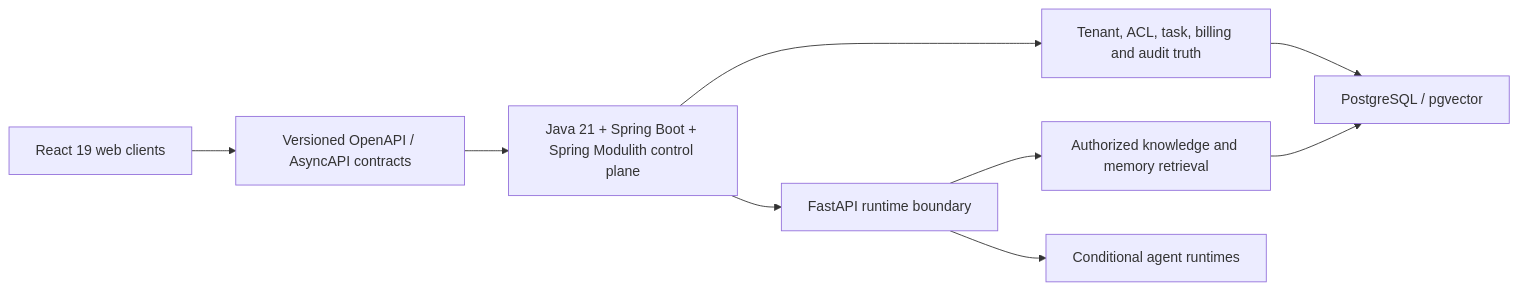
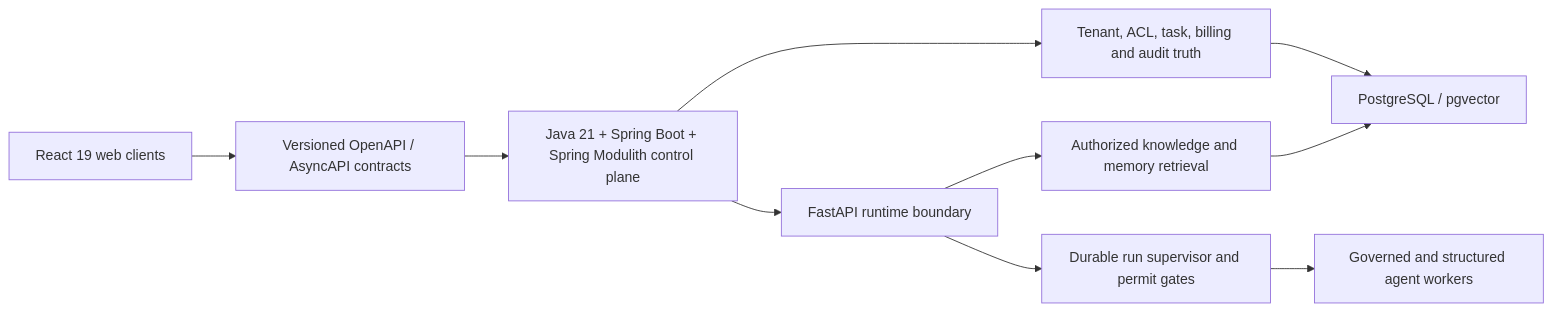
One commit to tacitjj/enterprise-agent-platform changed the diagram in README.md. Above: the diagram before and after it, drawn with Mermaid. The commit also changed other lines of this file and 90 other files, not shown here.

First line of the commit message:
feat(runtime): add governed execution and takeover (#8)

````diff
--- a/README.md
+++ b/README.md
@@ -28,11 +28,12 @@
 ```mermaid
 flowchart LR
     Web["React 19 web clients"] --> Contracts["Versioned OpenAPI / AsyncAPI contracts"]
     Contracts --> Java["Java 21 + Spring Boot + Spring Modulith control plane"]
     Java --> Truth["Tenant, ACL, task, billing and audit truth"]
     Java --> Runtime["FastAPI runtime boundary"]
     Runtime --> Context["Authorized knowledge and memory retrieval"]
-    Runtime --> Agents["Conditional agent runtimes"]
+    Runtime --> Supervisor["Durable run supervisor and permit gates"]
+    Supervisor --> Agents["Governed and structured agent workers"]
     Truth --> DB["PostgreSQL / pgvector"]
     Context --> DB
 ```
````
